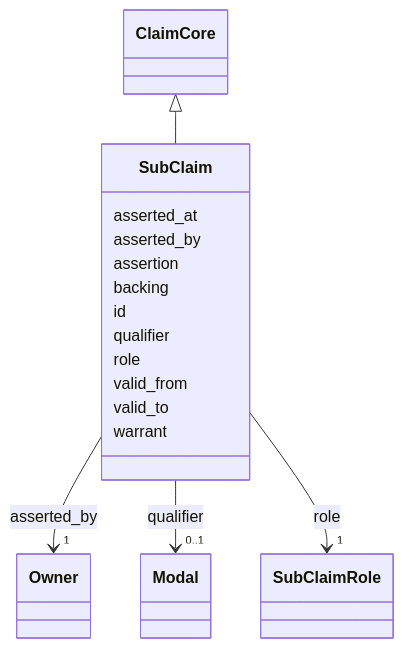
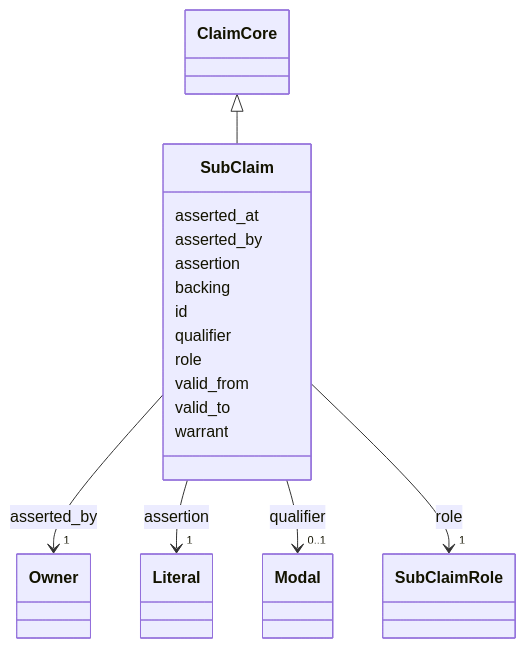
Before and after one commit to matthiasautrata/llm-policy-reasoning: the diagram in spikes/v3/v3a-prolog/linkml/docs/schema/SubClaim.md, drawn with Mermaid. The commit also changed other lines of this file and 54 other files, not shown here.

````diff
--- a/spikes/v3/v3a-prolog/linkml/docs/schema/SubClaim.md
+++ b/spikes/v3/v3a-prolog/linkml/docs/schema/SubClaim.md
@@ -23,56 +23,65 @@
 ```mermaid
  classDiagram
     class SubClaim
     click SubClaim href "../SubClaim/"
       ClaimCore <|-- SubClaim
         click ClaimCore href "../ClaimCore/"
       
       SubClaim : asserted_at
         
       SubClaim : asserted_by
         
           
     
         
         
         SubClaim --> "1" Owner : asserted_by
         click Owner href "../Owner/"
     
 
         
       SubClaim : assertion
+        
+          
+    
+        
+        
+        SubClaim --> "1" Literal : assertion
+        click Literal href "../Literal/"
+    
+
         
       SubClaim : backing
         
       SubClaim : id
         
       SubClaim : qualifier
         
           
     
         
         
         SubClaim --> "0..1" Modal : qualifier
         click Modal href "../Modal/"
     
 
         
       SubClaim : role
         
           
     
         
         
         SubClaim --> "1" SubClaimRole : role
         click SubClaimRole href "../SubClaimRole/"
     
 
         
       SubClaim : valid_from
         
       SubClaim : valid_to
         
       SubClaim : warrant
         
       
 ```
````
